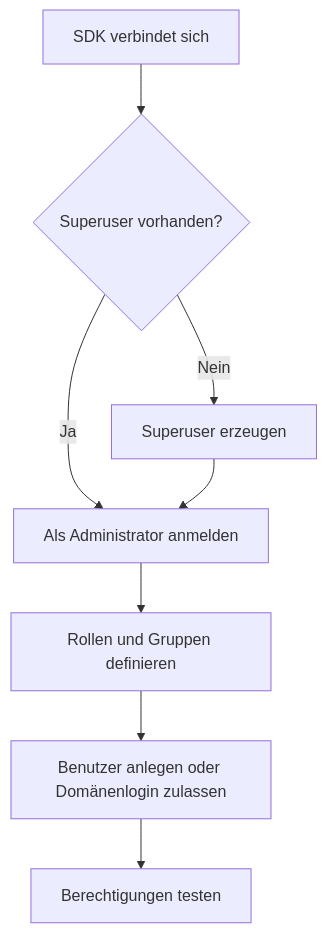
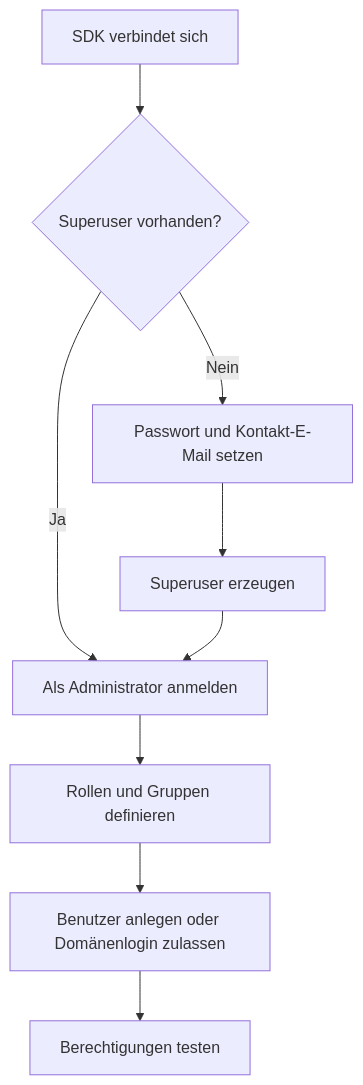
The seventh of 19 diagrams in Docs/Benutzerhandbuch/Benutzerhandbuch_DE.md (ImagingTools/Puma), drawn with Mermaid before and after one commit. The commit also changed other lines of this file and 1 other file, not shown here.

````diff
--- a/Docs/Benutzerhandbuch/Benutzerhandbuch_DE.md
+++ b/Docs/Benutzerhandbuch/Benutzerhandbuch_DE.md
@@ -162,10 +224,11 @@
 ```mermaid
 flowchart TD
     A[SDK verbindet sich] --> B{Superuser vorhanden?}
-    B -->|Nein| C[Superuser erzeugen]
+    B -->|Nein| C[Passwort und Kontakt-E-Mail setzen]
+    C --> H[Superuser erzeugen]
     B -->|Ja| D[Als Administrator anmelden]
-    C --> D
+    H --> D
     D --> E[Rollen und Gruppen definieren]
     E --> F[Benutzer anlegen oder Domänenlogin zulassen]
     F --> G[Berechtigungen testen]
 ```
````
